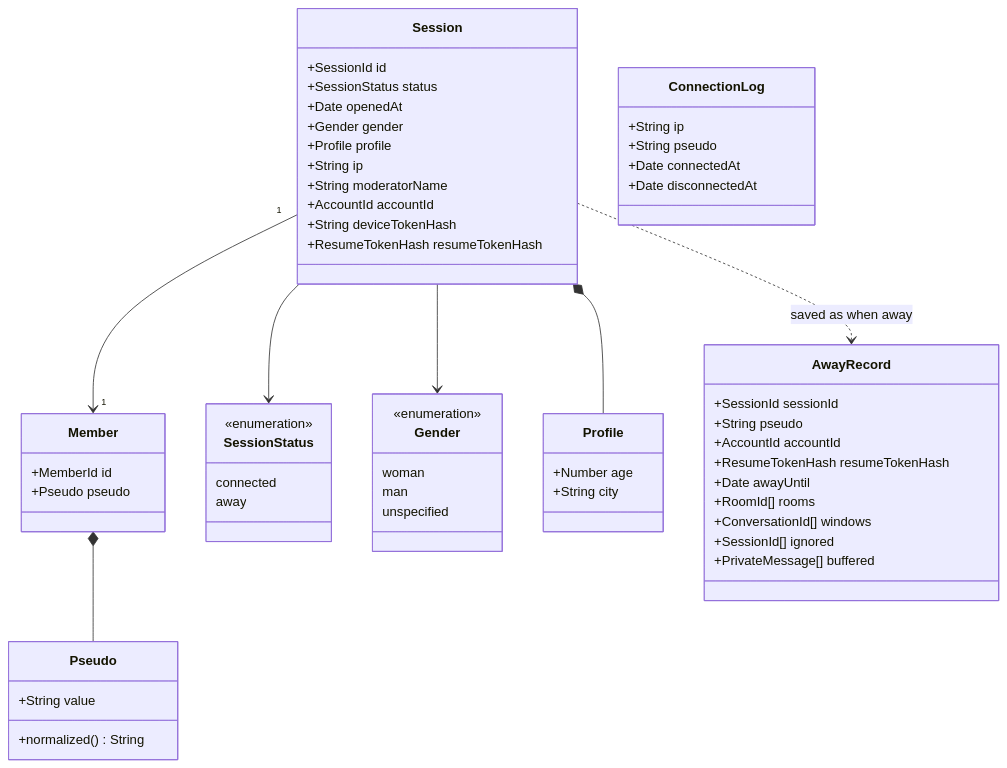
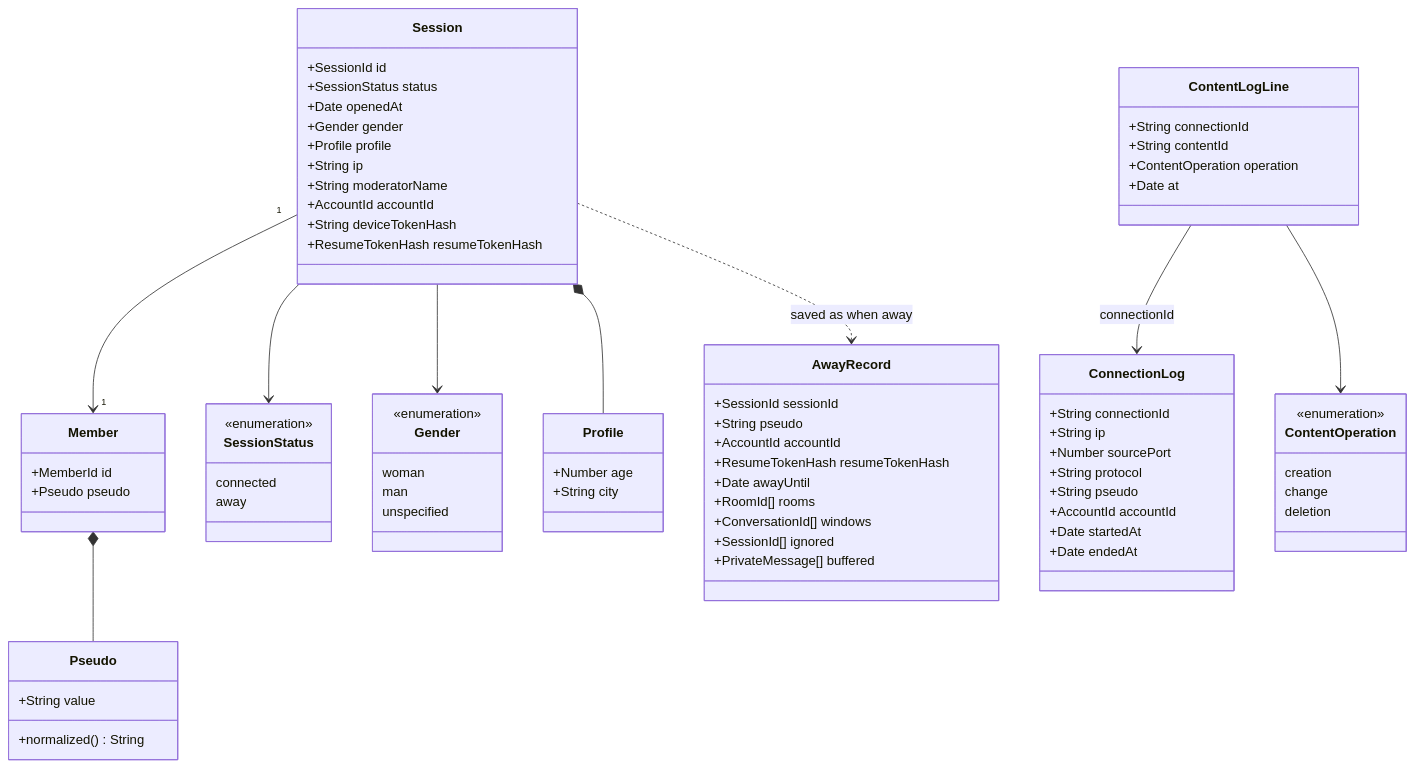
Before and after one commit to benoit-bremaud/asv: the diagram in docs/architecture/diagrams/entry/04-class.md, drawn with Mermaid. The commit also changed other lines of this file and 28 other files, not shown here.

````diff
--- a/docs/architecture/diagrams/entry/04-class.md
+++ b/docs/architecture/diagrams/entry/04-class.md
@@ -15,61 +15,79 @@
 ```mermaid
 classDiagram
   class Member {
     +MemberId id
     +Pseudo pseudo
   }
   class Pseudo {
     +String value
     +normalized() String
   }
   class Session {
     +SessionId id
     +SessionStatus status
     +Date openedAt
     +Gender gender
     +Profile profile
     +String ip
     +String moderatorName
     +AccountId accountId
     +String deviceTokenHash
     +ResumeTokenHash resumeTokenHash
   }
   class SessionStatus {
     <<enumeration>>
     connected
     away
   }
   class Gender {
     <<enumeration>>
     woman
     man
     unspecified
   }
   class Profile {
     +Number age
     +String city
   }
   class AwayRecord {
     +SessionId sessionId
     +String pseudo
     +AccountId accountId
     +ResumeTokenHash resumeTokenHash
     +Date awayUntil
     +RoomId[] rooms
     +ConversationId[] windows
     +SessionId[] ignored
     +PrivateMessage[] buffered
   }
   class ConnectionLog {
+    +String connectionId
     +String ip
+    +Number sourcePort
+    +String protocol
     +String pseudo
-    +Date connectedAt
-    +Date disconnectedAt
+    +AccountId accountId
+    +Date startedAt
+    +Date endedAt
+  }
+  class ContentLogLine {
+    +String connectionId
+    +String contentId
+    +ContentOperation operation
+    +Date at
+  }
+  class ContentOperation {
+    <<enumeration>>
+    creation
+    change
+    deletion
   }
   Session "1" --> "1" Member
   Member *-- Pseudo
   Session *-- Profile
   Session --> Gender
   Session --> SessionStatus
   Session ..> AwayRecord : saved as when away
+  ContentLogLine --> ConnectionLog : connectionId
+  ContentLogLine --> ContentOperation
 ```
````
